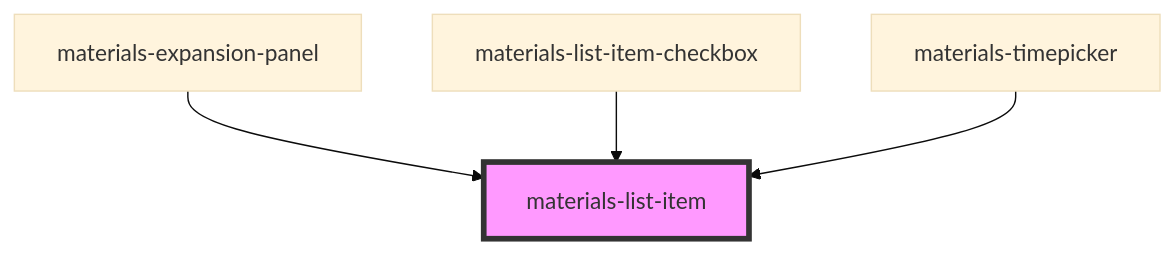
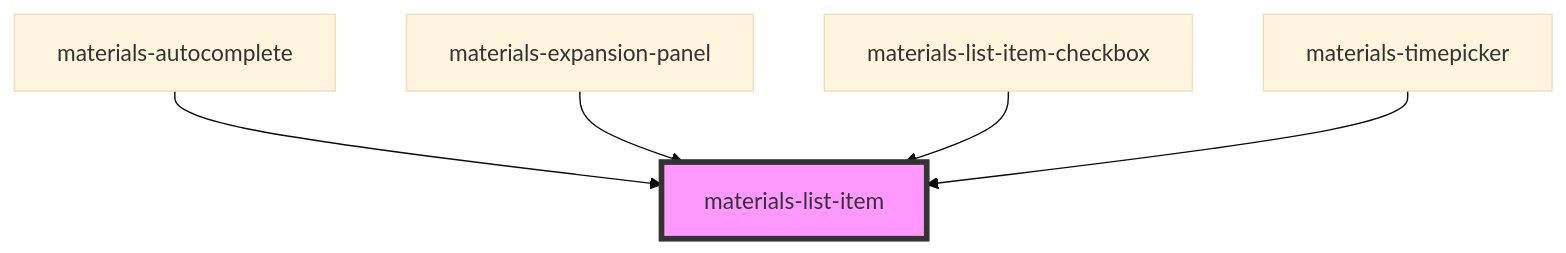
One commit to GMV-centravet/materials-elements changed the diagram in packages/materials/src/components/list-item/readme.md. Above: the diagram before and after it, drawn with Mermaid (base theme). The commit also changed other lines of this file and 30 other files, not shown here.

````diff
--- a/packages/materials/src/components/list-item/readme.md
+++ b/packages/materials/src/components/list-item/readme.md
@@ -33,7 +34,8 @@
 ```mermaid
 graph TD;
+  materials-autocomplete --> materials-list-item
   materials-expansion-panel --> materials-list-item
   materials-list-item-checkbox --> materials-list-item
   materials-timepicker --> materials-list-item
   style materials-list-item fill:#f9f,stroke:#333,stroke-width:4px
 ```
````
